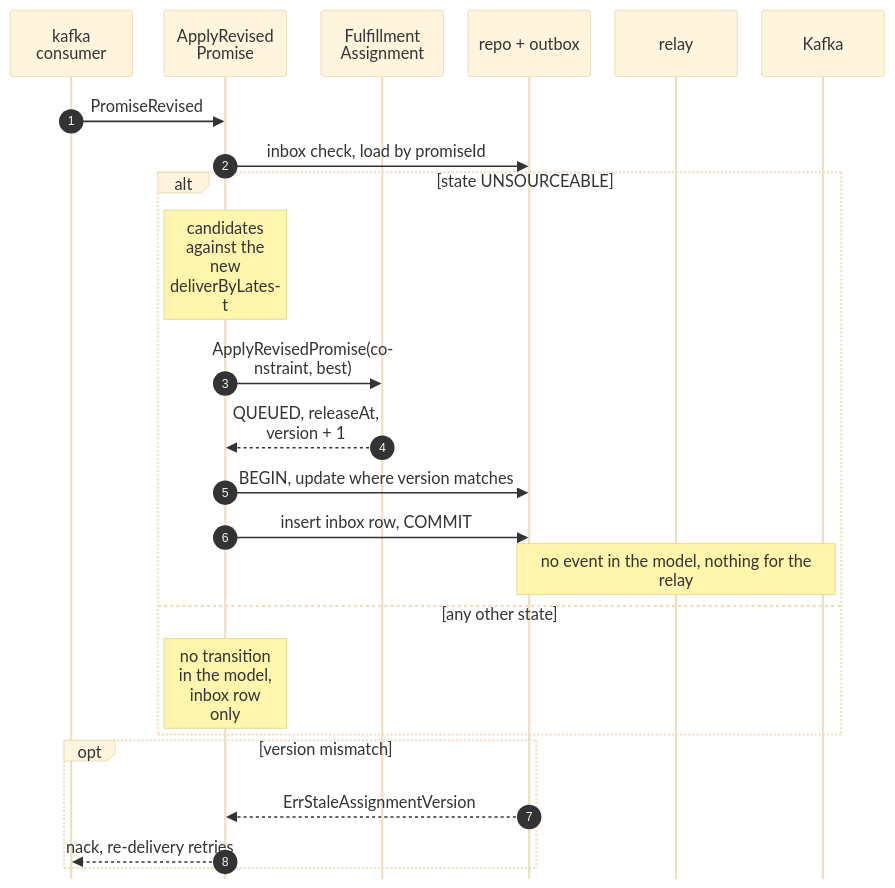
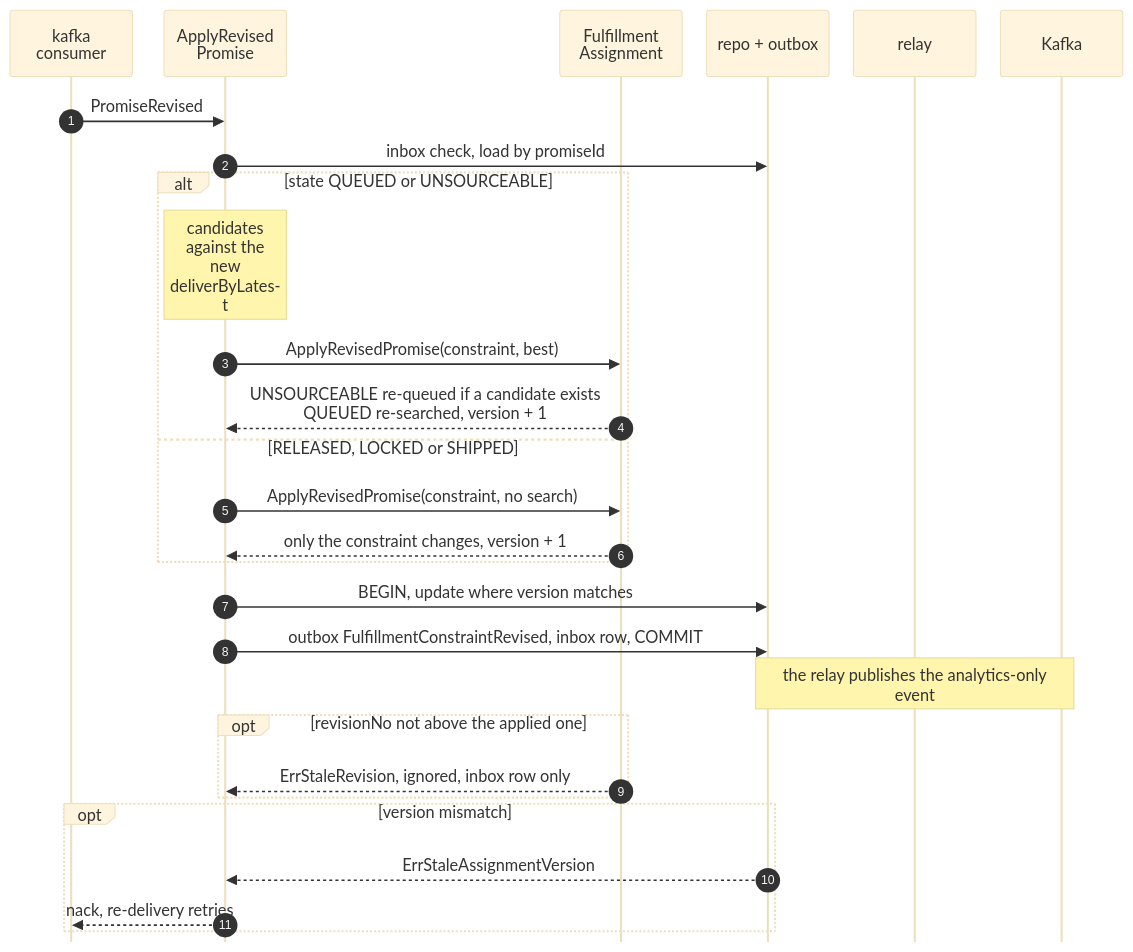
The ninth of 9 diagrams in network/docs/contexts/order-sourcing/sequence-diagrams.md (IQVO/warehouse-docs), drawn with Mermaid (base theme) before and after one commit. The commit also changed other lines of this file and 7 other files, not shown here.

Commit message:
docs(network): order-sourcing pack and model follow the repo (ApplyRevisedPromise in every state, FulfillmentConstraintRevised, not-found, illegal-transition)

````diff
--- a/network/docs/contexts/order-sourcing/sequence-diagrams.md
+++ b/network/docs/contexts/order-sourcing/sequence-diagrams.md
@@ -403,27 +403,31 @@
 ```mermaid
 %%{init: {"sequence": {"wrap": true, "width": 120, "actorMargin": 24, "messageMargin": 28, "boxMargin": 6, "noteMargin": 6, "mirrorActors": false}}}%%
 sequenceDiagram
     autonumber
     participant AD as kafka consumer
     participant UC as ApplyRevised<br/>Promise
     participant A as Fulfillment<br/>Assignment
     participant R as repo + outbox
     participant RL as relay
     participant K as Kafka
     AD->>UC: PromiseRevised
     UC->>R: inbox check, load by promiseId
-    alt state UNSOURCEABLE
+    alt state QUEUED or UNSOURCEABLE
         Note over UC: candidates against the new deliverByLatest
         UC->>A: ApplyRevisedPromise(constraint, best)
-        A-->>UC: QUEUED, releaseAt, version + 1
-        UC->>R: BEGIN, update where version matches
-        UC->>R: insert inbox row, COMMIT
-        Note over R,K: no event in the model, nothing for the relay
-    else any other state
-        Note over UC: no transition in the model, inbox row only
+        A-->>UC: UNSOURCEABLE re-queued if a candidate exists<br/>QUEUED re-searched, version + 1
+    else RELEASED, LOCKED or SHIPPED
+        UC->>A: ApplyRevisedPromise(constraint, no search)
+        A-->>UC: only the constraint changes, version + 1
+    end
+    UC->>R: BEGIN, update where version matches
+    UC->>R: outbox FulfillmentConstraintRevised, inbox row, COMMIT
+    Note over R,K: the relay publishes the analytics-only event
+    opt revisionNo not above the applied one
+        A-->>UC: ErrStaleRevision, ignored, inbox row only
     end
     opt version mismatch
         R-->>UC: ErrStaleAssignmentVersion
         UC-->>AD: nack, re-delivery retries
     end
 ```
````
